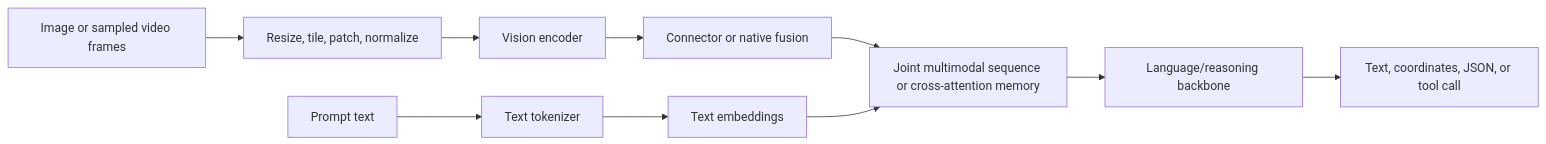
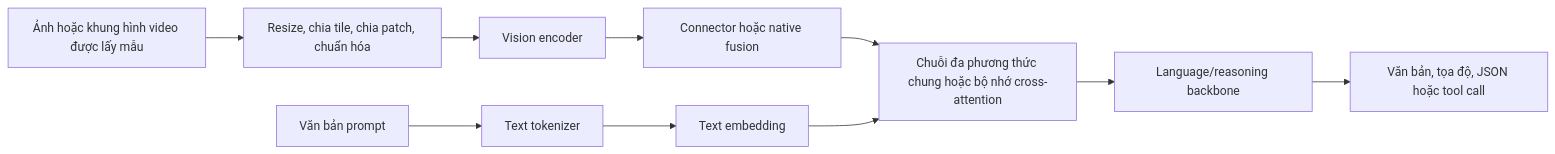
One commit to cycler04/VinRobotics-VLA changed the first of 8 diagrams in docs/research_finding/01-gwen/broad_overview/LLM_VLM/recent_vlm_overview.md. Above: the diagram before and after it, drawn with Mermaid. The commit also changed other lines of this file and 79 other files, not shown here.

````diff
--- a/docs/research_finding/01-gwen/broad_overview/LLM_VLM/recent_vlm_overview.md
+++ b/docs/research_finding/01-gwen/broad_overview/LLM_VLM/recent_vlm_overview.md
@@ -105,12 +112,12 @@
 ```mermaid
 flowchart LR
-    I[Image or sampled video frames] --> P[Resize, tile, patch, normalize]
+    I[Ảnh hoặc khung hình video được lấy mẫu] --> P[Resize, chia tile, chia patch, chuẩn hóa]
     P --> V[Vision encoder]
-    V --> C[Connector or native fusion]
-    T[Prompt text] --> Tok[Text tokenizer]
-    Tok --> E[Text embeddings]
-    C --> F[Joint multimodal sequence or cross-attention memory]
+    V --> C[Connector hoặc native fusion]
+    T[Văn bản prompt] --> Tok[Text tokenizer]
+    Tok --> E[Text embedding]
+    C --> F[Chuỗi đa phương thức chung hoặc bộ nhớ cross-attention]
     E --> F
     F --> L[Language/reasoning backbone]
-    L --> O[Text, coordinates, JSON, or tool call]
+    L --> O[Văn bản, tọa độ, JSON hoặc tool call]
 ```
````
